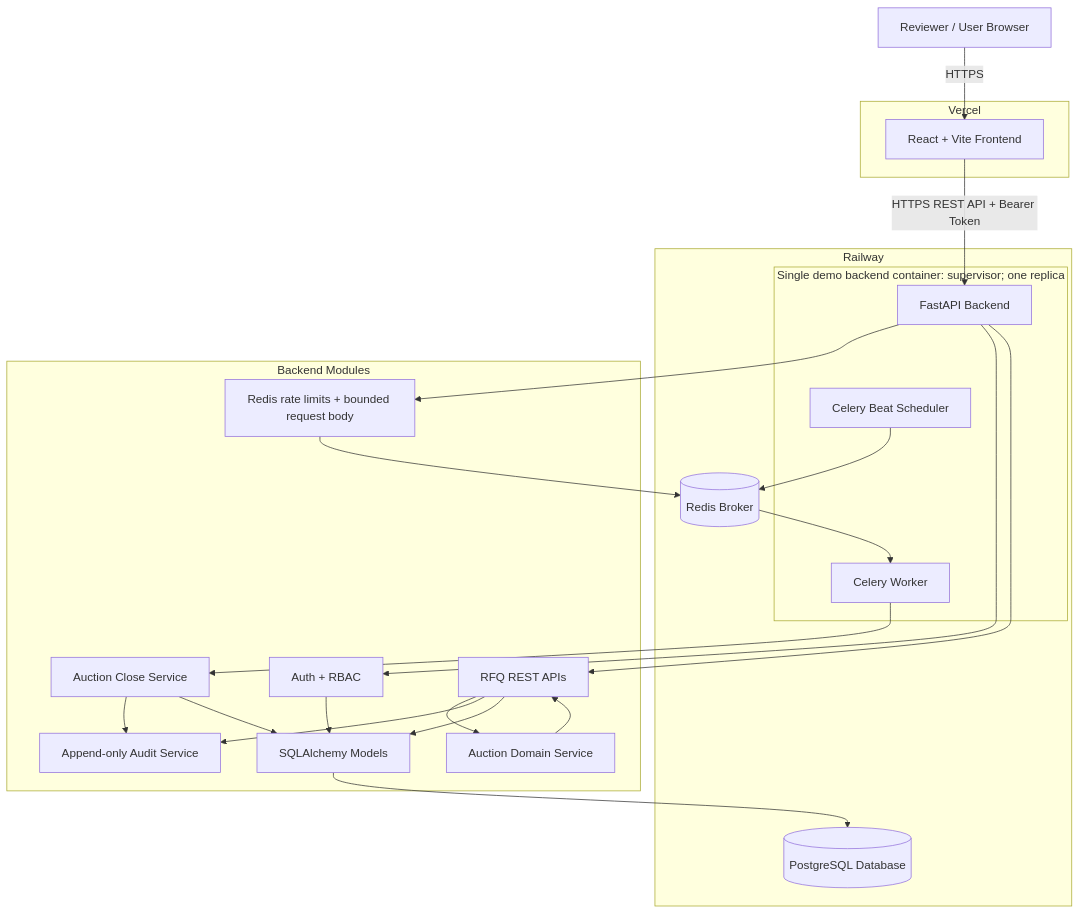
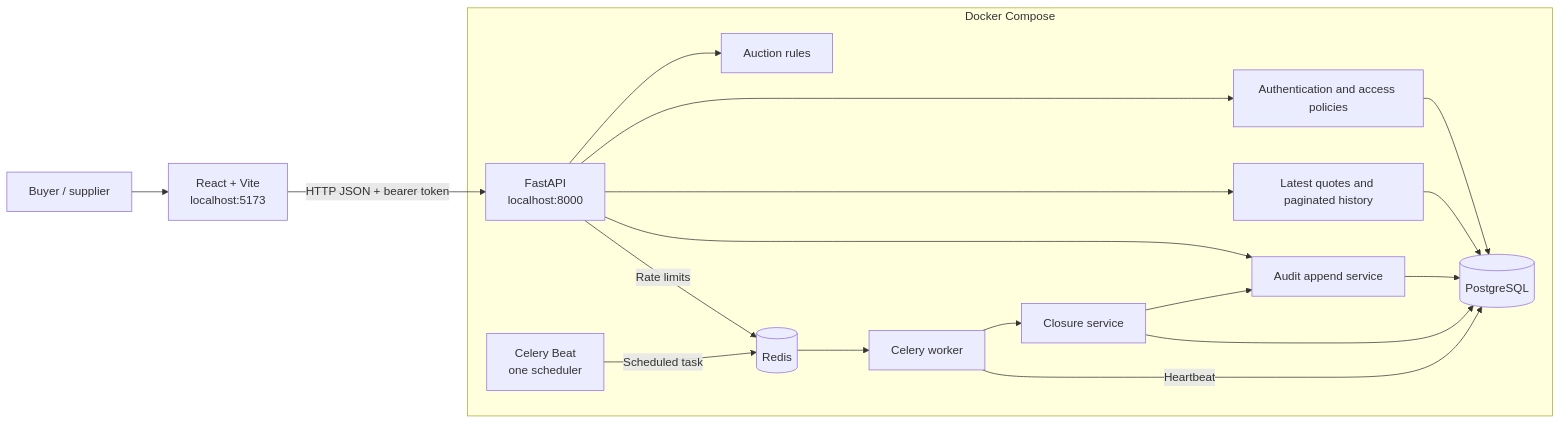
The first of 3 diagrams in docs/architecture-diagram.md (Rammanideep-ghantasala/British-Auction-in-RFQ-System), drawn with Mermaid before and after one commit. The commit also changed other lines of this file and 5 other files, not shown here.

Commit message:
Retire hosted demo and document local RFQ portfolio project

````diff
--- a/docs/architecture-diagram.md
+++ b/docs/architecture-diagram.md
@@ -3,48 +7,31 @@
 ```mermaid
-flowchart TB
-    Recruiter[Reviewer / User Browser]
-
-    subgraph Vercel["Vercel"]
-        React[React + Vite Frontend]
+flowchart LR
+    User["Buyer / supplier"] --> Frontend["React + Vite<br/>localhost:5173"]
+    subgraph Compose["Docker Compose"]
+        API["FastAPI<br/>localhost:8000"]
+        Auth["Authentication and access policies"]
+        Domain["Auction rules"]
+        ReadModel["Latest quotes and paginated history"]
+        Audit["Audit append service"]
+        DB[("PostgreSQL")]
+        Redis[("Redis")]
+        Beat["Celery Beat<br/>one scheduler"]
+        Worker["Celery worker"]
+        Close["Closure service"]
+        API --> Auth
+        Auth --> DB
+        API --> Domain
+        API --> ReadModel
+        ReadModel --> DB
+        API --> Audit
+        Audit --> DB
+        API -->|"Rate limits"| Redis
+        Beat -->|"Scheduled task"| Redis
+        Redis --> Worker
+        Worker --> Close
+        Close --> DB
+        Close --> Audit
+        Worker -->|"Heartbeat"| DB
     end
-
-    subgraph Railway["Railway"]
-      subgraph Demo["Single demo backend container: supervisor; one replica"]
-        API[FastAPI Backend]
-        Worker[Celery Worker]
-        Beat[Celery Beat Scheduler]
-      end
-        Postgres[(PostgreSQL Database)]
-        Redis[(Redis Broker)]
-    end
-
-    subgraph BackendModules["Backend Modules"]
-        Auth[Auth + RBAC]
-        Controls[Redis rate limits + bounded request body]
-        RFQAPI[RFQ REST APIs]
-        AuctionService[Auction Domain Service]
-        AuditService[Append-only Audit Service]
-        CloseService[Auction Close Service]
-        Models[SQLAlchemy Models]
-    end
-
-    Recruiter -->|HTTPS| React
-    React -->|HTTPS REST API + Bearer Token| API
-
-    API --> Controls
-    Controls --> Redis
-    API --> Auth
-    API --> RFQAPI
-    RFQAPI --> AuctionService
-    RFQAPI --> AuditService
-    RFQAPI --> Models
-    Models --> Postgres
-
-    Beat --> Redis
-    Redis --> Worker
-    Worker --> CloseService
-    CloseService --> AuditService
-    CloseService --> Models
-    Auth --> Models
-    AuctionService --> RFQAPI
+    Frontend -->|"HTTP JSON + bearer token"| API
 ```
````
